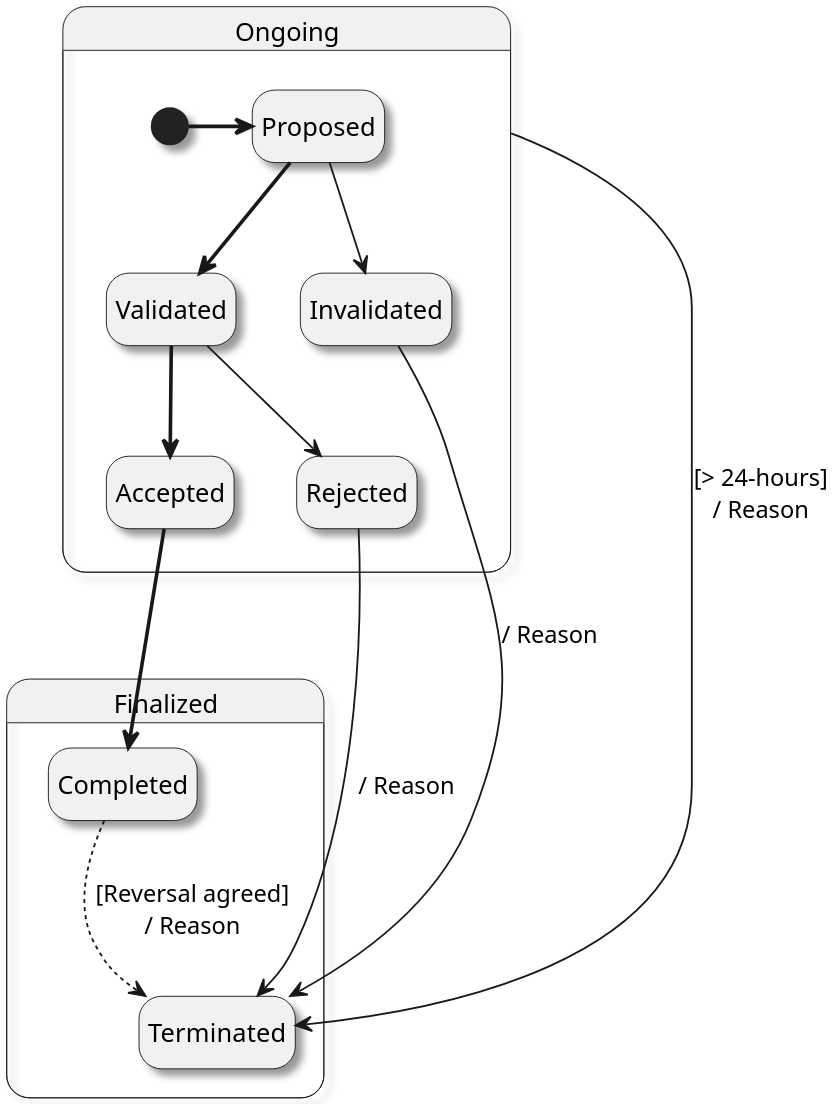
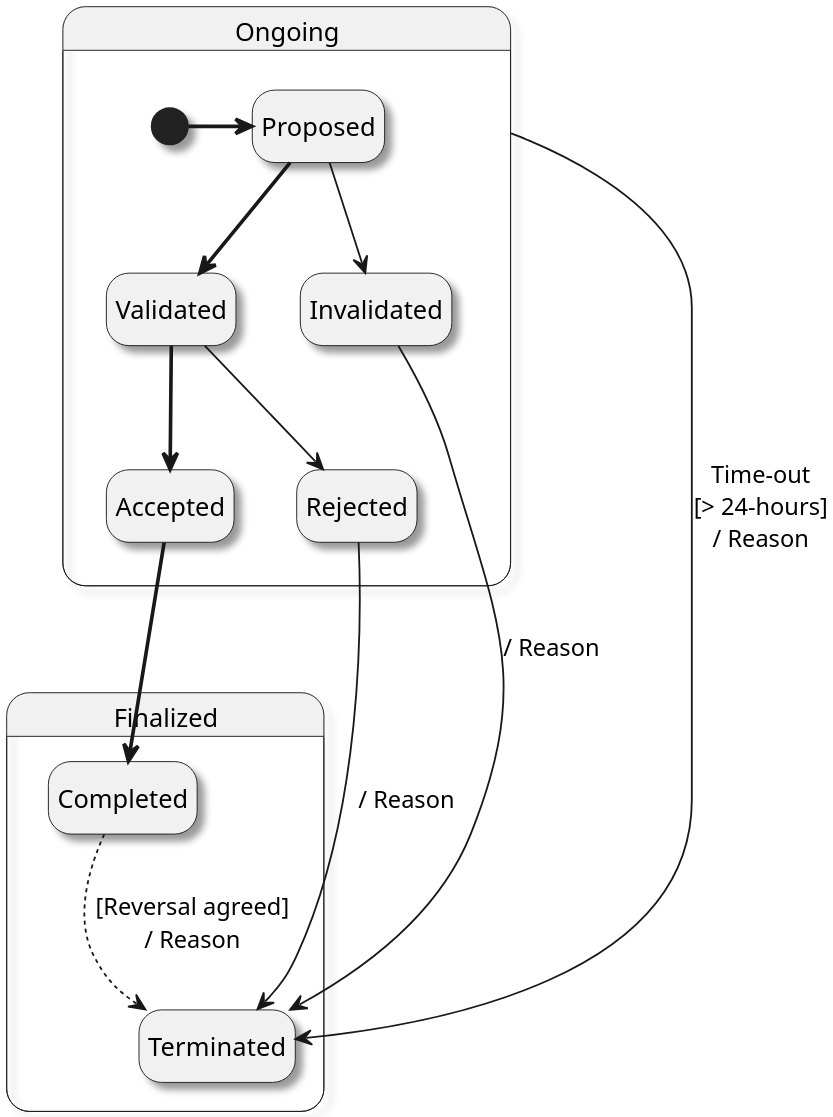
One commit to frankcnng/CARP changed the diagram in diagrams/transactionStatusStateChart.puml. Above: the diagram before and after it, drawn with PlantUML.

Commit message:
Update transactionStatusStateChart.puml
Added Time-out label

```diff
--- a/diagrams/transactionStatusStateChart.puml
+++ b/diagrams/transactionStatusStateChart.puml
@@ -1,28 +1,28 @@
 @startuml Transaction State Chart
 
 skinparam dpi 300
 skinparam monochrome true
 skinparam shadowing true
 
 top to bottom direction
 hide empty description
 
 state "Ongoing" as ip
 
 State ip {
   [*] -[bold]> Proposed
   Proposed -[bold]-> Validated 
   Proposed --> Invalidated
 
   Validated -[bold]-> Accepted
   Validated --> Rejected
 }
 
 State Finalized {
   Accepted -[bold]-> Completed
   Invalidated --> Terminated : / Reason
   Rejected --> Terminated : / Reason
-  ip --> Terminated : [> 24-hours]\n/ Reason 
+  ip --> Terminated : Time-out\n[> 24-hours]\n/ Reason 
   Completed -[dashed]-> Terminated : [Reversal agreed]\n/ Reason
 }
 @enduml
```
